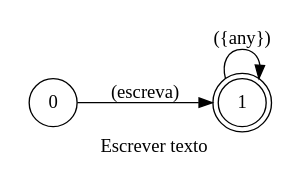
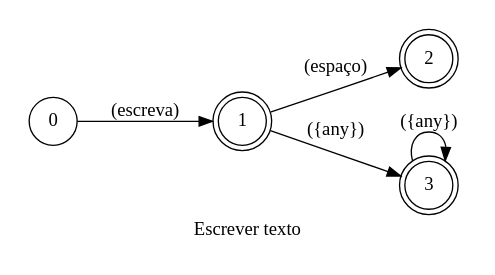
Before and after one commit to pedrooaugusto/speech-to-code: the diagram in spoken/src/modules/typescript/write/phrase_pt-BR.dot, drawn with Graphviz. The commit also changed 96 other files, not shown here.

```diff
--- a/spoken/src/modules/typescript/write/phrase_pt-BR.dot
+++ b/spoken/src/modules/typescript/write/phrase_pt-BR.dot
@@ -1,17 +1,18 @@
 digraph Write {
     id="write";
     label="Escrever texto";
     lang="pt-BR";
     langName="Português";
     pad="0.2";
     rankdir=LR;
     disableStopWords="true";
-    node[shape=doublecircle]; 1;
+    node[shape=doublecircle]; 1 2 3;
     node[shape=circle];
 
     0 -> 1 [label="(escreva)"];
-    1 -> 1 [label="({any})", store=text];
-
+    1 -> 3 [label="({any})", store=text];
+    1 -> 2 [label="(espaço)", store=isSpace, normalizer=boolean];
+    3 -> 3 [label="({any})", store=text];
     title="Escrever texto";
     desc="Escreve um pedaço de texto no editor de texto";
 }
```
